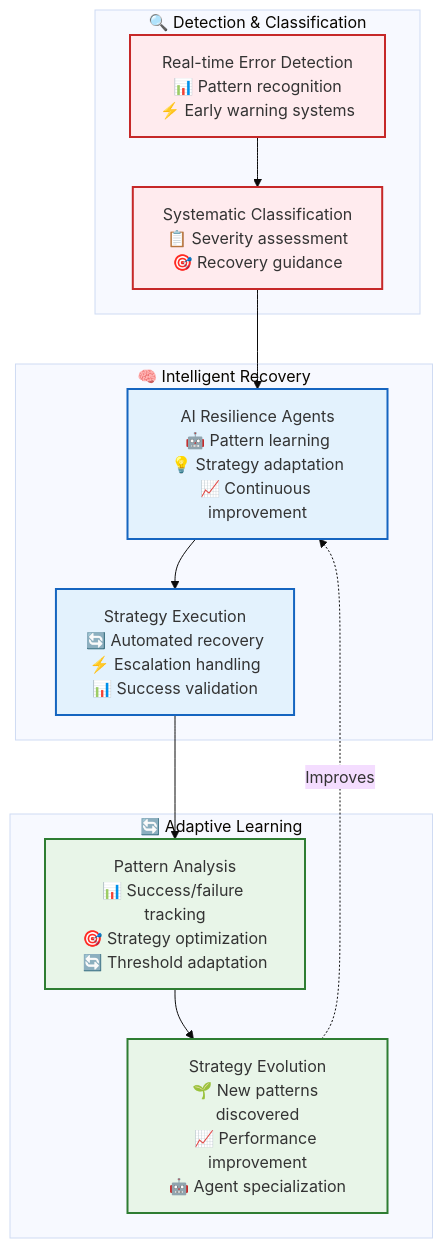
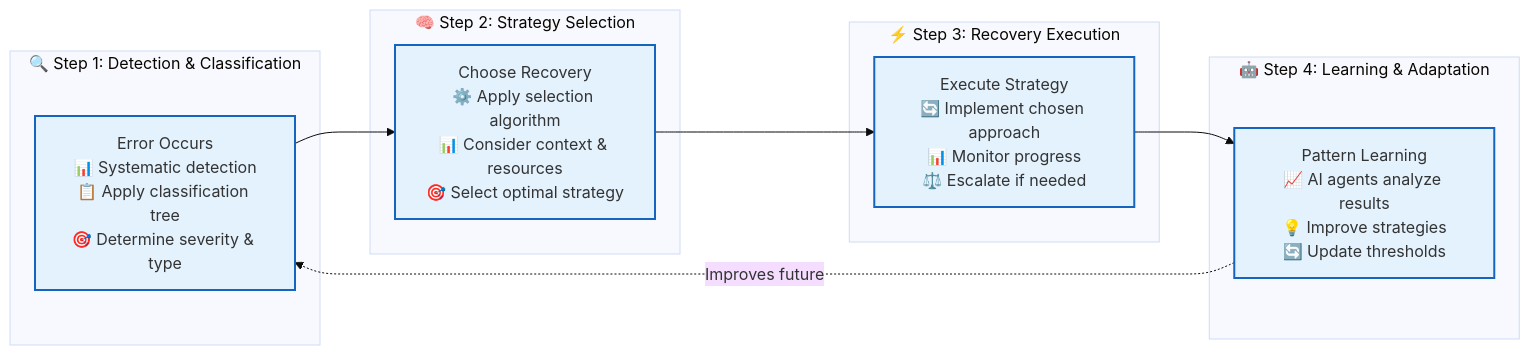
Before and after one commit to Vrooli/Vrooli: the diagram in docs/architecture/execution/resilience/README.md, drawn with Mermaid (base theme). The commit also changed other lines of this file and 13 other files, not shown here.

````diff
--- a/docs/architecture/execution/resilience/README.md
+++ b/docs/architecture/execution/resilience/README.md
@@ -28,32 +29,24 @@
 ```mermaid
-graph TB
-    subgraph "🔍 Detection & Classification"
-        ErrorDetection[Real-time Error Detection<br/>📊 Pattern recognition<br/>⚡ Early warning systems]
-        Classification[Systematic Classification<br/>📋 Severity assessment<br/>🎯 Recovery guidance]
+graph LR
+    subgraph "🔍 Step 1: Detection & Classification"
+        S1[Error Occurs<br/>📊 Systematic detection<br/>📋 Apply classification tree<br/>🎯 Determine severity & type]
     end
     
-    subgraph "🧠 Intelligent Recovery"
-        ResilienceAgents[AI Resilience Agents<br/>🤖 Pattern learning<br/>💡 Strategy adaptation<br/>📈 Continuous improvement]
-        RecoveryExecution[Strategy Execution<br/>🔄 Automated recovery<br/>⚡ Escalation handling<br/>📊 Success validation]
+    subgraph "🧠 Step 2: Strategy Selection"  
+        S2[Choose Recovery<br/>⚙️ Apply selection algorithm<br/>📊 Consider context & resources<br/>🎯 Select optimal strategy]
     end
     
-    subgraph "🔄 Adaptive Learning"
-        PatternAnalysis[Pattern Analysis<br/>📊 Success/failure tracking<br/>🎯 Strategy optimization<br/>🔄 Threshold adaptation]
-        StrategyEvolution[Strategy Evolution<br/>🌱 New patterns discovered<br/>📈 Performance improvement<br/>🤖 Agent specialization]
+    subgraph "⚡ Step 3: Recovery Execution"
+        S3[Execute Strategy<br/>🔄 Implement chosen approach<br/>📊 Monitor progress<br/>⚖️ Escalate if needed]
     end
     
-    ErrorDetection --> Classification
-    Classification --> ResilienceAgents
-    ResilienceAgents --> RecoveryExecution
-    RecoveryExecution --> PatternAnalysis
-    PatternAnalysis --> StrategyEvolution
-    StrategyEvolution -.->|"Improves"| ResilienceAgents
+    subgraph "🤖 Step 4: Learning & Adaptation"
+        S4[Pattern Learning<br/>📈 AI agents analyze results<br/>💡 Improve strategies<br/>🔄 Update thresholds]
+    end
     
-    classDef detection fill:#ffebee,stroke:#c62828,stroke-width:2px
-    classDef intelligence fill:#e3f2fd,stroke:#1565c0,stroke-width:2px
-    classDef learning fill:#e8f5e8,stroke:#2e7d32,stroke-width:2px
+    S1 --> S2 --> S3 --> S4
+    S4 -.->|"Improves future"| S1
     
-    class ErrorDetection,Classification detection
-    class ResilienceAgents,RecoveryExecution intelligence
-    class PatternAnalysis,StrategyEvolution learning
+    classDef step fill:#e3f2fd,stroke:#1565c0,stroke-width:2px
+    class S1,S2,S3,S4 step
 ```
````
